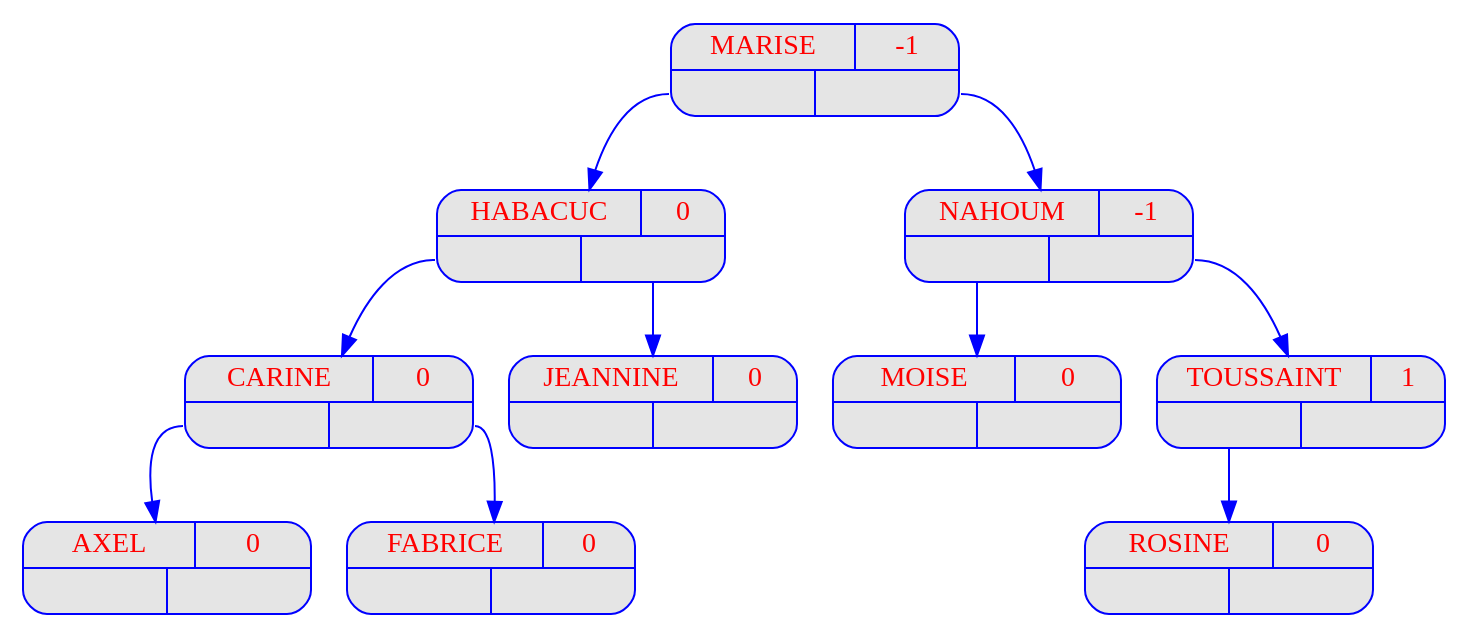
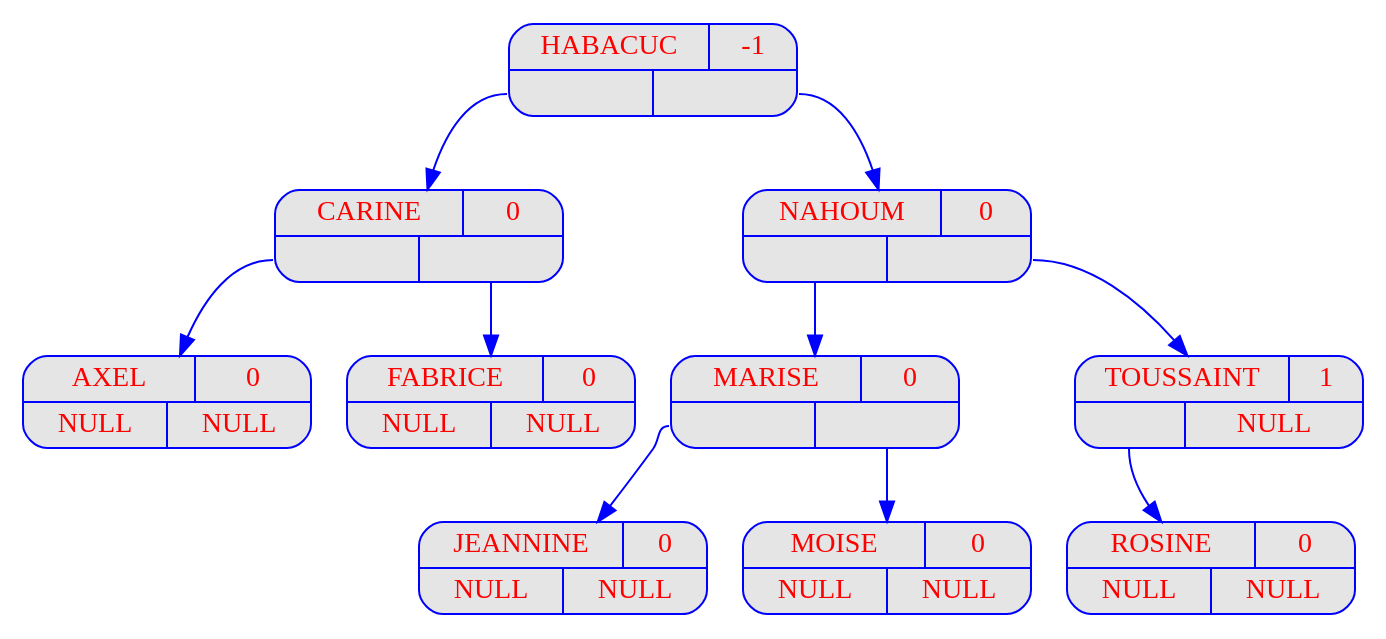
One commit to benech17/AVL-trees changed the diagram in programme1/output/dot/_v09.dot. Above: the diagram before and after it, drawn with Graphviz. The commit also changed 22 other files, not shown here.

```diff
--- a/programme1/output/dot/_v09.dot
+++ b/programme1/output/dot/_v09.dot
@@ -1,92 +1,92 @@
 digraph  {
 	node [
 		fontname  = "Arial bold" 
 		fontsize  = "14"
 		fontcolor = "red"
 		style     = "rounded, filled"
 		shape     = "record"
 		fillcolor = "grey90"
 		color     = "blue"
 		width     = "2"
 	]
 
 	edge [
 		color     = "blue"
 	]
 
-	"MARISE
-" [label = "{{<c> MARISE
- | <b> -1} | { <g> | <d>}}"];
-	"MARISE
-":g -> "HABACUC
-";
-	"HABACUC
-" [label = "{{<c> HABACUC
- | <b> 0} | { <g> | <d>}}"];
-	"HABACUC
-":g -> "CARINE
-";
-	"CARINE
-" [label = "{{<c> CARINE
- | <b> 0} | { <g> | <d>}}"];
-	"CARINE
-":g -> "AXEL
-";
-	"AXEL
-" [label = "{{<c> AXEL
- | <b> 0} | { <g> | <d>}}"];
-	"AXEL
-" [label = "{{<c> AXEL
- | <b> 0} | { <g> | <d>}}"];
-	"CARINE
-":d -> "FABRICE
-";
-	"FABRICE
-" [label = "{{<c> FABRICE
- | <b> 0} | { <g> | <d>}}"];
-	"FABRICE
-" [label = "{{<c> FABRICE
- | <b> 0} | { <g> | <d>}}"];
-	"HABACUC
-":d -> "JEANNINE
-";
-	"JEANNINE
-" [label = "{{<c> JEANNINE
- | <b> 0} | { <g> | <d>}}"];
-	"JEANNINE
-" [label = "{{<c> JEANNINE
- | <b> 0} | { <g> | <d>}}"];
-	"MARISE
-":d -> "NAHOUM
-";
-	"NAHOUM
-" [label = "{{<c> NAHOUM
- | <b> -1} | { <g> | <d>}}"];
-	"NAHOUM
-":g -> "MOISE
-";
-	"MOISE
-" [label = "{{<c> MOISE
- | <b> 0} | { <g> | <d>}}"];
-	"MOISE
-" [label = "{{<c> MOISE
- | <b> 0} | { <g> | <d>}}"];
-	"NAHOUM
-":d -> "TOUSSAINT
-";
-	"TOUSSAINT
-" [label = "{{<c> TOUSSAINT
- | <b> 1} | { <g> | <d>}}"];
-	"TOUSSAINT
-" [label = "{{<c> TOUSSAINT
- | <b> 1} | { <g> | <d>}}"];
-	"TOUSSAINT
-":g -> "ROSINE
-";
-	"ROSINE
-" [label = "{{<c> ROSINE
- | <b> 0} | { <g> | <d>}}"];
-	"ROSINE
-" [label = "{{<c> ROSINE
- | <b> 0} | { <g> | <d>}}"];
+	HABACUC
+ [label = "{{<c> HABACUC
+ | <b> -1}| { <g> | <d>}}"];
+	HABACUC
+:g -> CARINE
+;
+	CARINE
+ [label = "{{<c> CARINE
+ | <b> 0}| { <g> | <d>}}"];
+	CARINE
+:g -> AXEL
+;
+	AXEL
+ [label = "{{<c> AXEL
+ | <b> 0}| { <g> | <d>}}"];
+	AXEL
+ [label = "{{<c> AXEL
+ | <b> 0}| { <g> NULL | <d> NULL}}"];
+	CARINE
+:d -> FABRICE
+;
+	FABRICE
+ [label = "{{<c> FABRICE
+ | <b> 0}| { <g> | <d>}}"];
+	FABRICE
+ [label = "{{<c> FABRICE
+ | <b> 0}| { <g> NULL | <d> NULL}}"];
+	HABACUC
+:d -> NAHOUM
+;
+	NAHOUM
+ [label = "{{<c> NAHOUM
+ | <b> 0}| { <g> | <d>}}"];
+	NAHOUM
+:g -> MARISE
+;
+	MARISE
+ [label = "{{<c> MARISE
+ | <b> 0}| { <g> | <d>}}"];
+	MARISE
+:g -> JEANNINE
+;
+	JEANNINE
+ [label = "{{<c> JEANNINE
+ | <b> 0}| { <g> | <d>}}"];
+	JEANNINE
+ [label = "{{<c> JEANNINE
+ | <b> 0}| { <g> NULL | <d> NULL}}"];
+	MARISE
+:d -> MOISE
+;
+	MOISE
+ [label = "{{<c> MOISE
+ | <b> 0}| { <g> | <d>}}"];
+	MOISE
+ [label = "{{<c> MOISE
+ | <b> 0}| { <g> NULL | <d> NULL}}"];
+	NAHOUM
+:d -> TOUSSAINT
+;
+	TOUSSAINT
+ [label = "{{<c> TOUSSAINT
+ | <b> 1}| { <g> | <d>}}"];
+	TOUSSAINT
+ [label = "{{<c> TOUSSAINT
+ | <b> 1}| { <g> | <d> NULL}}"];
+	TOUSSAINT
+:g -> ROSINE
+;
+	ROSINE
+ [label = "{{<c> ROSINE
+ | <b> 0}| { <g> | <d>}}"];
+	ROSINE
+ [label = "{{<c> ROSINE
+ | <b> 0}| { <g> NULL | <d> NULL}}"];
 }
```
